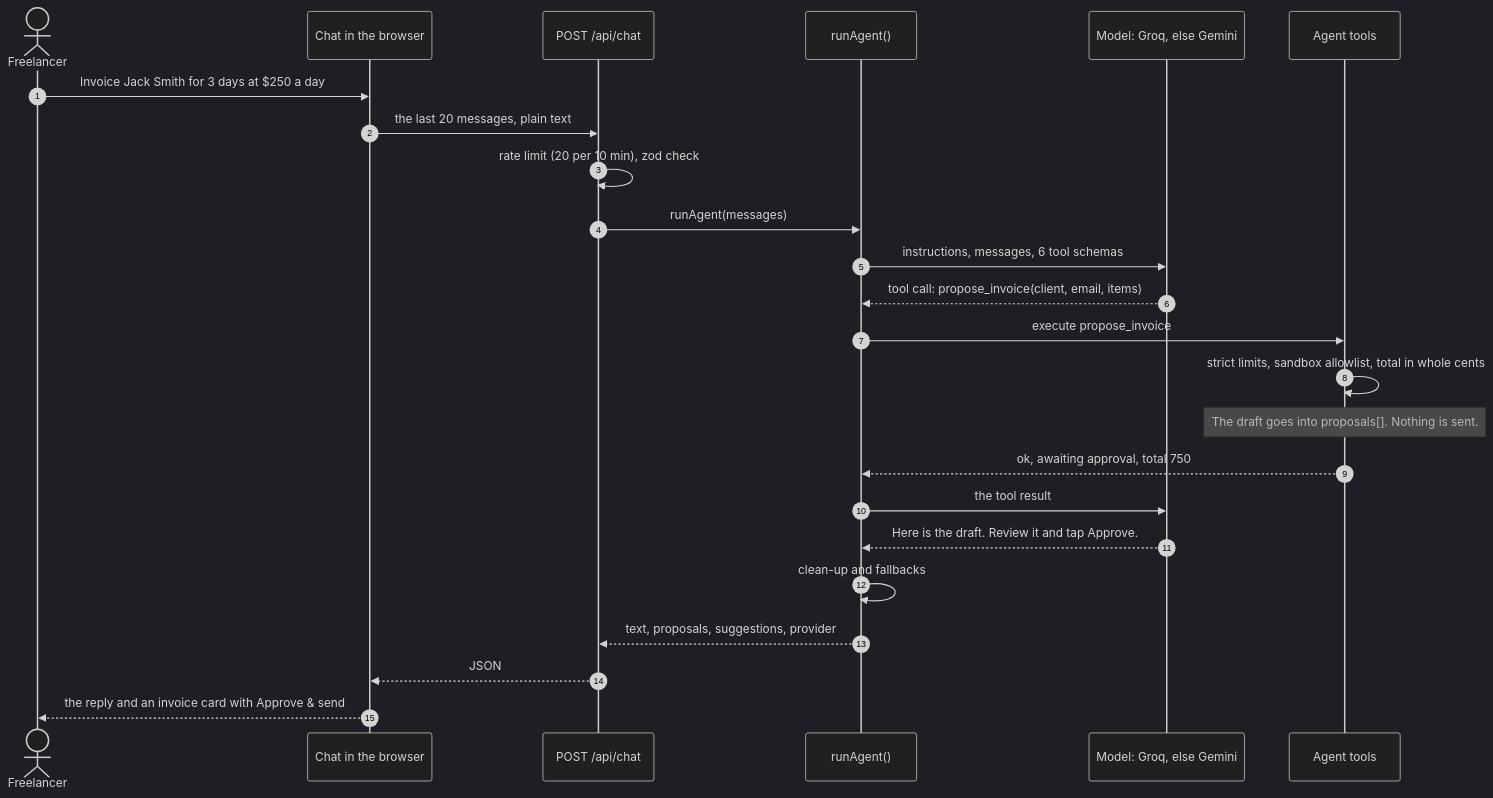
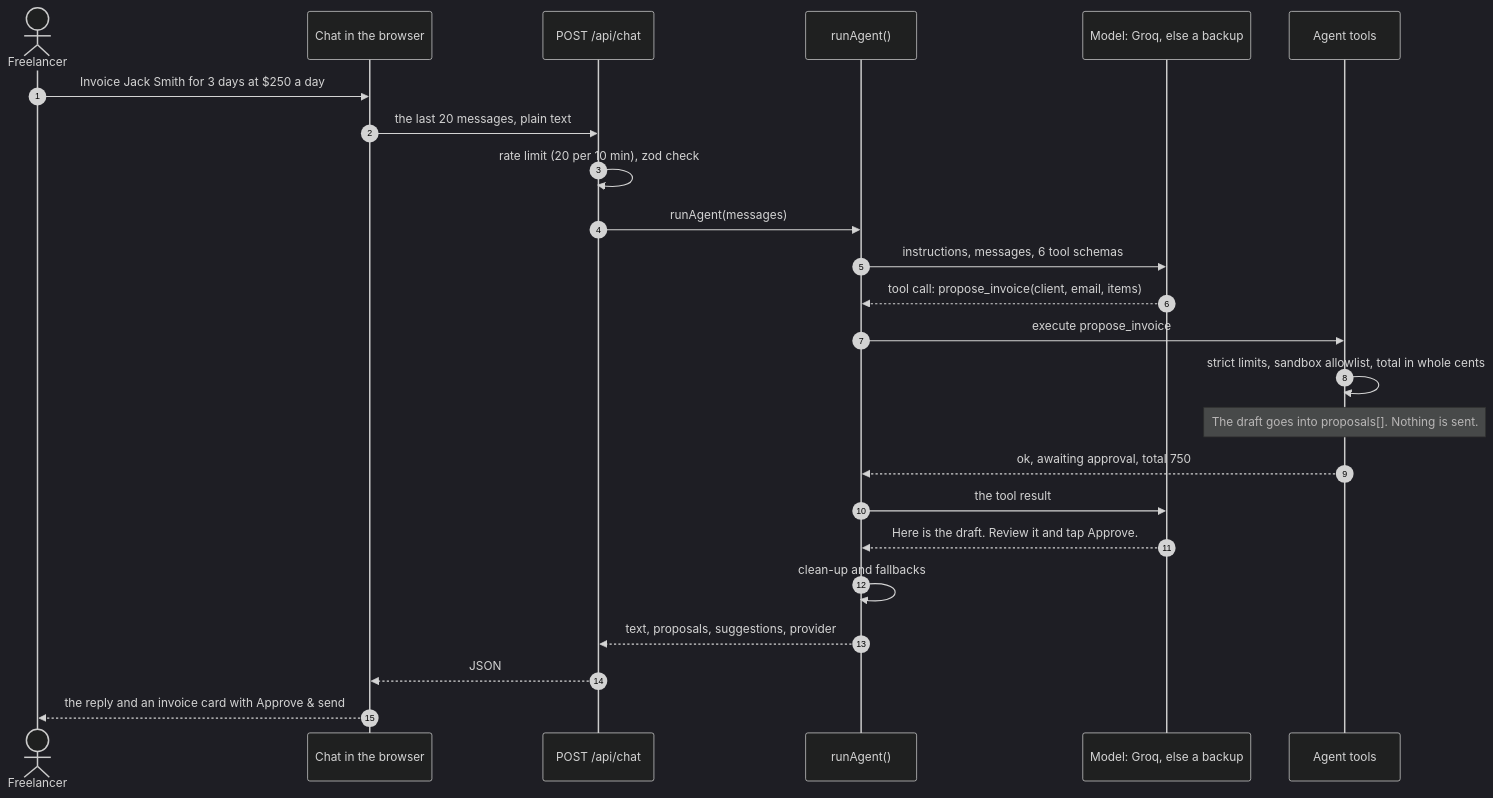
One commit to lindani11/crossbill-agent changed the third of 13 diagrams in docs/ARCHITECTURE.md. Above: the diagram before and after it, drawn with Mermaid (dark theme). The commit also changed other lines of this file and 4 other files, not shown here.

First line of the commit message:
Add a Groq model to AI fallbacks

````diff
--- a/docs/ARCHITECTURE.md
+++ b/docs/ARCHITECTURE.md
@@ -177,27 +179,27 @@
 ```mermaid
 sequenceDiagram
   autonumber
   actor F as Freelancer
   participant C as Chat in the browser
   participant R as POST /api/chat
   participant A as runAgent()
-  participant M as Model: Groq, else Gemini
+  participant M as Model: Groq, else a backup
   participant T as Agent tools
 
   F->>C: Invoice Jack Smith for 3 days at $250 a day
   C->>R: the last 20 messages, plain text
   R->>R: rate limit (20 per 10 min), zod check
   R->>A: runAgent(messages)
   A->>M: instructions, messages, 6 tool schemas
   M-->>A: tool call: propose_invoice(client, email, items)
   A->>T: execute propose_invoice
   T->>T: strict limits, sandbox allowlist, total in whole cents
   Note over T: The draft goes into proposals[]. Nothing is sent.
   T-->>A: ok, awaiting approval, total 750
   A->>M: the tool result
   M-->>A: Here is the draft. Review it and tap Approve.
   A->>A: clean-up and fallbacks
   A-->>R: text, proposals, suggestions, provider
   R-->>C: JSON
   C-->>F: the reply and an invoice card with Approve & send
 ```
````
